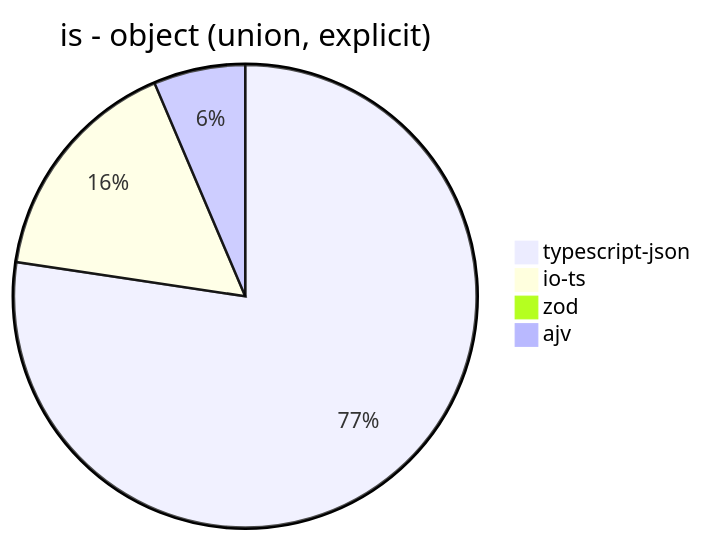
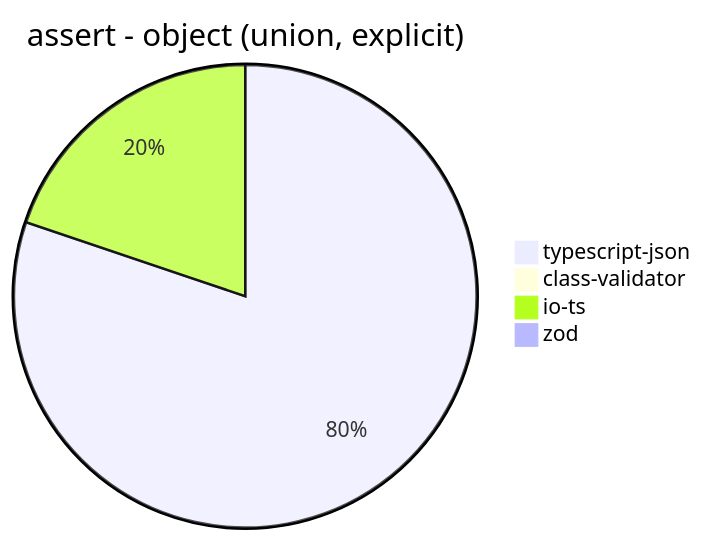
Before and after one commit to samchon/typia: diagram 11 of 40 in benchmark/results/AMD Ryzen 9 5900HX with Radeon Graphics.md, drawn with Mermaid. The commit also changed other lines of this file and 2 other files, not shown here.

````diff
--- a/benchmark/results/AMD Ryzen 9 5900HX with Radeon Graphics.md
+++ b/benchmark/results/AMD Ryzen 9 5900HX with Radeon Graphics.md
@@ -120,7 +136,7 @@
 ```mermaid
-pie title is - object (union, explicit)
-  "typescript-json": 15808.743169398907
-  "io-ts": 3317.6800748362957
-  "zod": 36.077705827937095
-  "ajv": 1308.6839749328558
+pie title assert - object (union, explicit)
+  "typescript-json": 5469.229380978162
+  "class-validator": 18.613138686131386
+  "io-ts": 1351.7651296829972
+  "zod": 37.735849056603776
 ```
````
